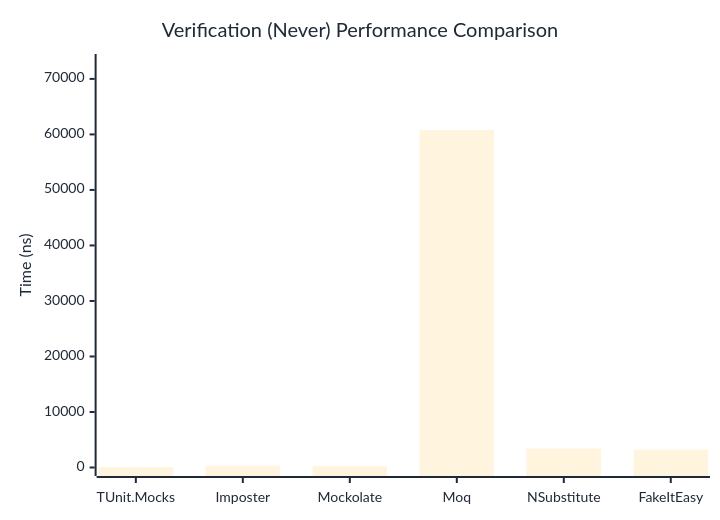
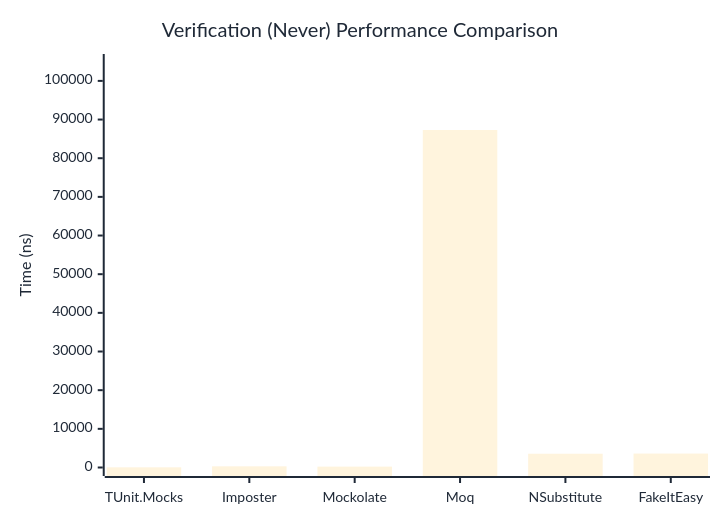
The second of 3 diagrams in docs/docs/benchmarks/mocks/Verification.md (thomhurst/TUnit), drawn with Mermaid before and after one commit. The commit also changed other lines of this file and 14 other files, not shown here.

````diff
--- a/docs/docs/benchmarks/mocks/Verification.md
+++ b/docs/docs/benchmarks/mocks/Verification.md
@@ -69,27 +69,27 @@
 ```mermaid
 %%{init: {
   'theme':'base',
   'themeVariables': {
     'primaryColor': '#2563eb',
     'primaryTextColor': '#1f2937',
     'primaryBorderColor': '#1e40af',
     'lineColor': '#6b7280',
     'secondaryColor': '#7c3aed',
     'tertiaryColor': '#dc2626',
     'background': '#ffffff',
     'pie1': '#2563eb',
     'pie2': '#7c3aed',
     'pie3': '#dc2626',
     'pie4': '#f59e0b',
     'pie5': '#10b981',
     'pie6': '#06b6d4',
     'pie7': '#ec4899',
     'pie8': '#6366f1'
   }
 }}%%
 xychart-beta
   title "Verification (Never) Performance Comparison"
   x-axis ["TUnit.Mocks", "Imposter", "Mockolate", "Moq", "NSubstitute", "FakeItEasy"]
-  y-axis "Time (ns)" 0 --> 72954
-  bar [53.81, 330.18, 253.07, 60794.75, 3404.64, 3226.32]
+  y-axis "Time (ns)" 0 --> 104756
+  bar [46.52, 302.21, 227.28, 87296.53, 3563.57, 3607.23]
 ```
````
